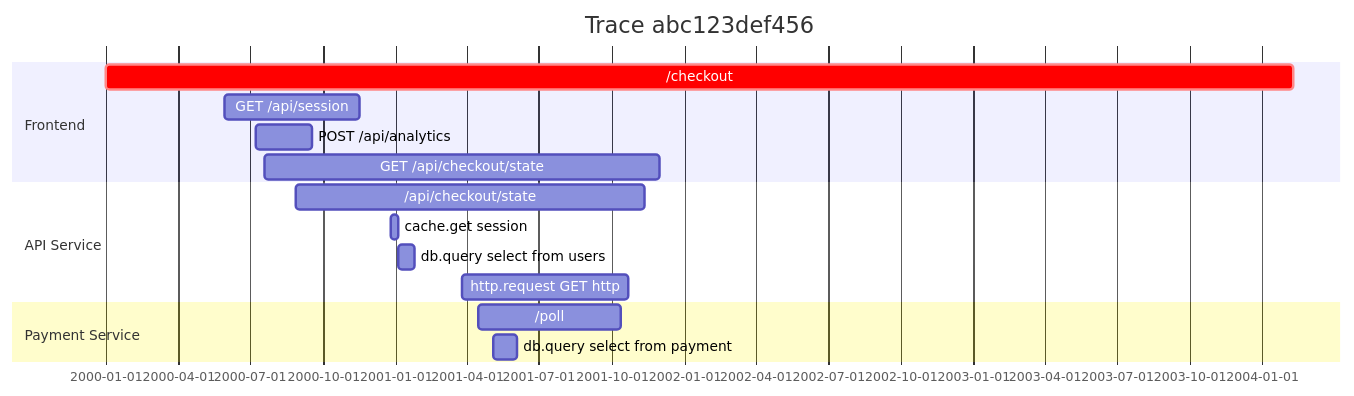
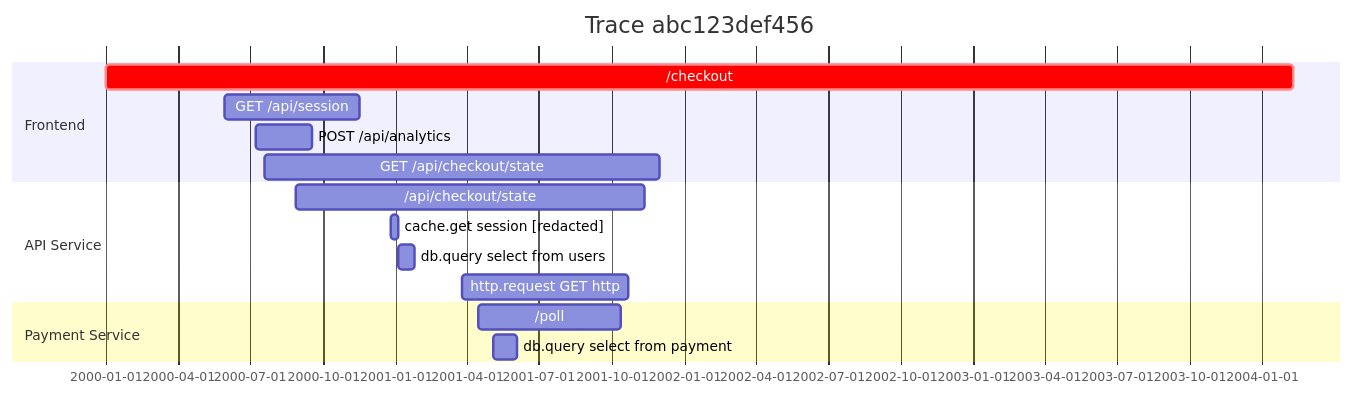
The diagram in README.md (mheap/trace2mermaid), drawn with Mermaid before and after one commit.

Commit message:
Fix example in README

````diff
--- a/README.md
+++ b/README.md
@@ -100,21 +100,21 @@
 ```mermaid
 gantt
     title Trace abc123def456
     dateFormat YYYY-MM-DD
 
     section Frontend
     /checkout                                     :crit, 2000-01-01, 1500d
     GET /api/session                              :2000-05-30, 170d
     POST /api/analytics                           :2000-07-09, 70d
     GET /api/checkout/state                       :2000-07-19, 500d
 
     section API Service
     /api/checkout/state                           :2000-08-28, 440d
-    cache.get session:[redacted]                  :2000-12-26, 10d
+    cache.get session [redacted]                  :2000-12-26, 10d
     db.query select from users                    :2001-01-05, 20d
     http.request GET http://payments/poll         :2001-03-26, 210d
 
     section Payment Service
     /poll                                         :2001-04-15, 180d
     db.query select from payment                  :2001-05-05, 30d
 ```
````
